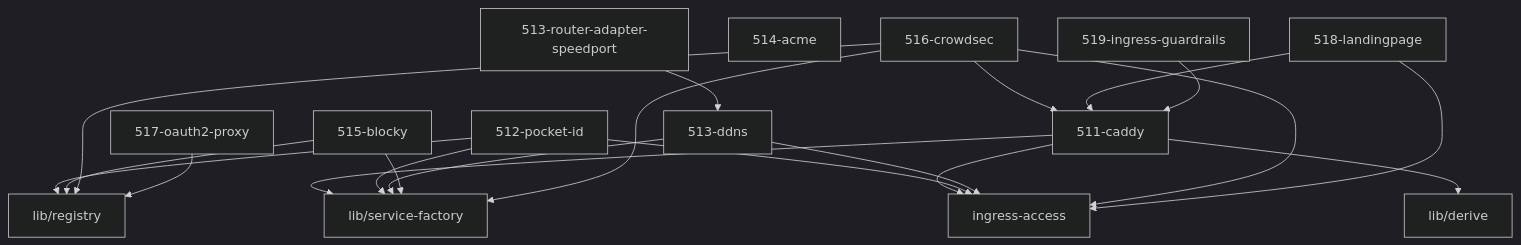
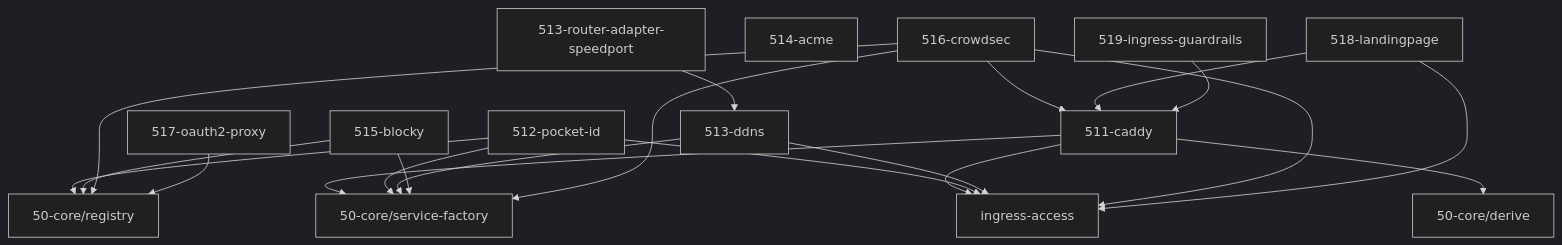
The diagram in 51-ingress/AGENTS.md (grapefruit89/mediNix-core), drawn with Mermaid (dark theme) before and after one commit. The commit also changed other lines of this file and 79 other files, not shown here.

Commit message:
refactor(repo): resolve lib/ into 50-core, packages, and tests

````diff
--- a/51-ingress/AGENTS.md
+++ b/51-ingress/AGENTS.md
@@ -168,24 +168,24 @@
 ```mermaid
 graph TD
-  511_caddy["511-caddy"] --> derive["lib/derive"]
+  511_caddy["511-caddy"] --> derive["50-core/derive"]
   511_caddy["511-caddy"] --> ingress_access["51-ingress/ingress-access"]
-  511_caddy["511-caddy"] --> service_factory["lib/service-factory"]
+  511_caddy["511-caddy"] --> service_factory["50-core/service-factory"]
   512_pocket_id["512-pocket-id"] --> ingress_access["51-ingress/ingress-access"]
-  512_pocket_id["512-pocket-id"] --> registry["lib/registry"]
-  512_pocket_id["512-pocket-id"] --> service_factory["lib/service-factory"]
-  513_ddns["513-ddns"] --> service_factory["lib/service-factory"]
+  512_pocket_id["512-pocket-id"] --> registry["50-core/registry"]
+  512_pocket_id["512-pocket-id"] --> service_factory["50-core/service-factory"]
+  513_ddns["513-ddns"] --> service_factory["50-core/service-factory"]
   513_ddns["513-ddns"] --> ingress_access["51-ingress/ingress-access"]
   513_router_adapter_speedport["513-router-adapter-speedport"] --> 513_ddns["513-ddns"]
   514_acme["514-acme"]
-  515_blocky["515-blocky"] --> registry["lib/registry"]
-  515_blocky["515-blocky"] --> service_factory["lib/service-factory"]
+  515_blocky["515-blocky"] --> registry["50-core/registry"]
+  515_blocky["515-blocky"] --> service_factory["50-core/service-factory"]
   516_crowdsec["516-crowdsec"] --> ingress_access["51-ingress/ingress-access"]
-  516_crowdsec["516-crowdsec"] --> service_factory["lib/service-factory"]
-  516_crowdsec["516-crowdsec"] --> registry["lib/registry"]
+  516_crowdsec["516-crowdsec"] --> service_factory["50-core/service-factory"]
+  516_crowdsec["516-crowdsec"] --> registry["50-core/registry"]
   516_crowdsec["516-crowdsec"] --> 511_caddy["51-ingress/511-caddy"]
-  517_oauth2_proxy["517-oauth2-proxy"] --> registry["lib/registry"]
+  517_oauth2_proxy["517-oauth2-proxy"] --> registry["50-core/registry"]
   518_landingpage["518-landingpage"] --> 511_caddy["511-caddy"]
   518_landingpage["518-landingpage"] --> ingress_access["51-ingress/ingress-access"]
   519_ingress_guardrails["519-ingress-guardrails"] --> 511_caddy["511-caddy"]
   ingress_access["ingress-access"]
 ```
````
